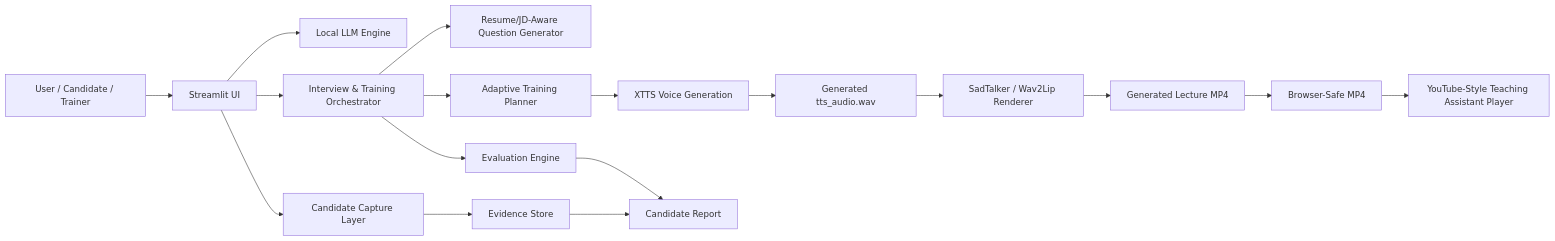
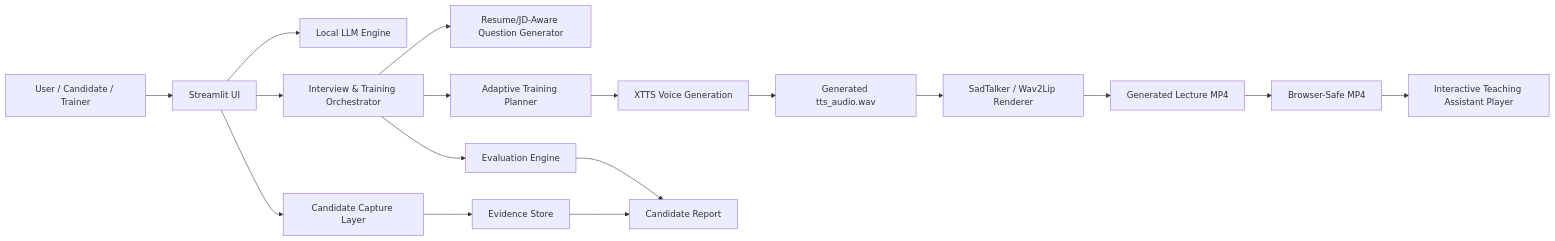
The first of 2 diagrams in README.md (dranubhaparashar/ASHU-Mentor-AI-Studio), drawn with Mermaid before and after one commit. The commit also changed other lines of this file, not shown here.

````diff
--- a/README.md
+++ b/README.md
@@ -40,22 +56,22 @@
 ```mermaid
 flowchart LR
     U[User / Candidate / Trainer] --> UI[Streamlit UI]
     UI --> LLM[Local LLM Engine]
     UI --> INT[Interview & Training Orchestrator]
     UI --> CAP[Candidate Capture Layer]
 
     INT --> QG[Resume/JD-Aware Question Generator]
     INT --> EV[Evaluation Engine]
     INT --> TR[Adaptive Training Planner]
 
     TR --> VOICE[XTTS Voice Generation]
     VOICE --> AUDIO[Generated tts_audio.wav]
     AUDIO --> RENDER[SadTalker / Wav2Lip Renderer]
     RENDER --> MP4[Generated Lecture MP4]
     MP4 --> SAFE[Browser-Safe MP4]
-    SAFE --> PLAYER[YouTube-Style Teaching Assistant Player]
+    SAFE --> PLAYER[Interactive Teaching Assistant Player]
 
     CAP --> EVID[Evidence Store]
     EV --> REPORT[Candidate Report]
     EVID --> REPORT
 ```
````
